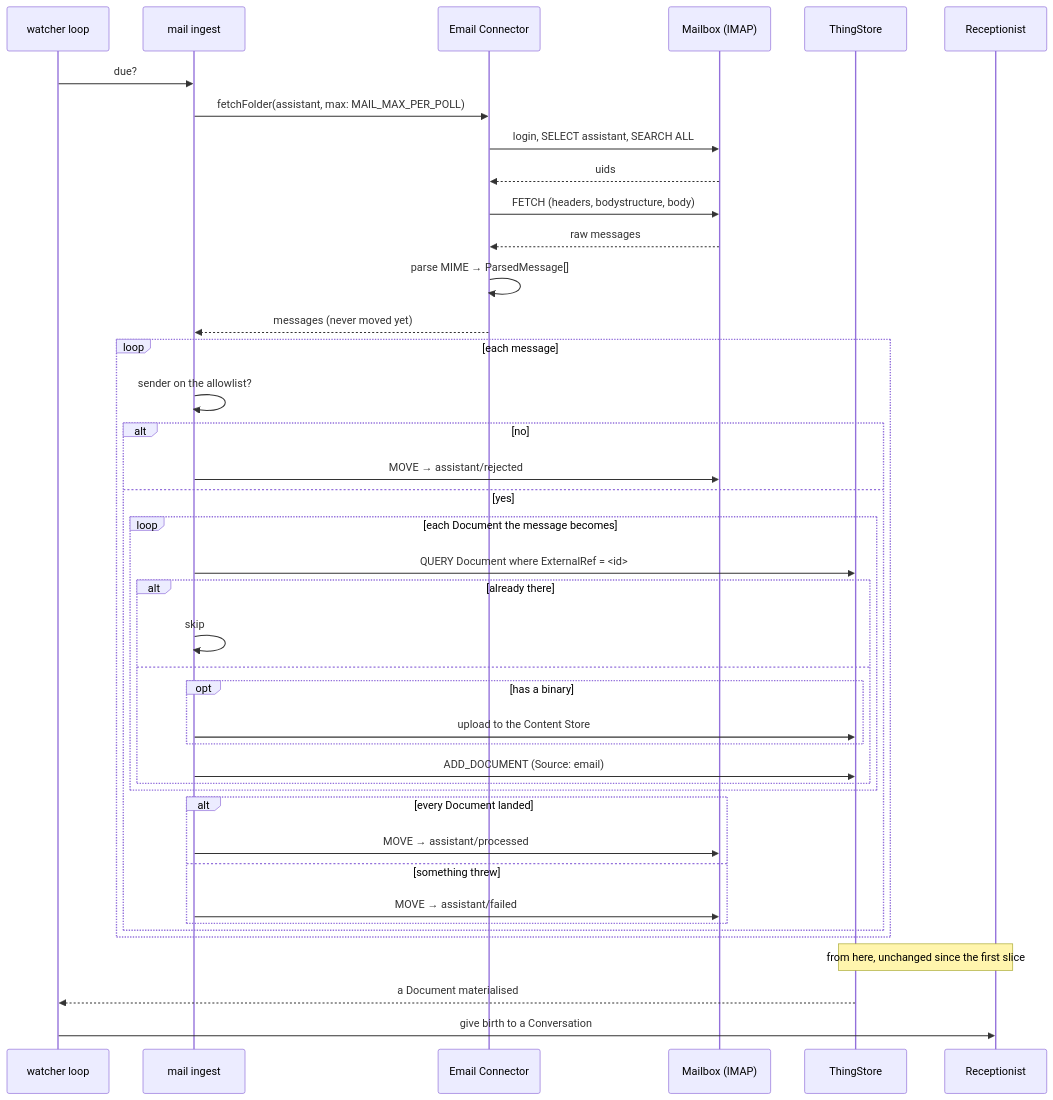
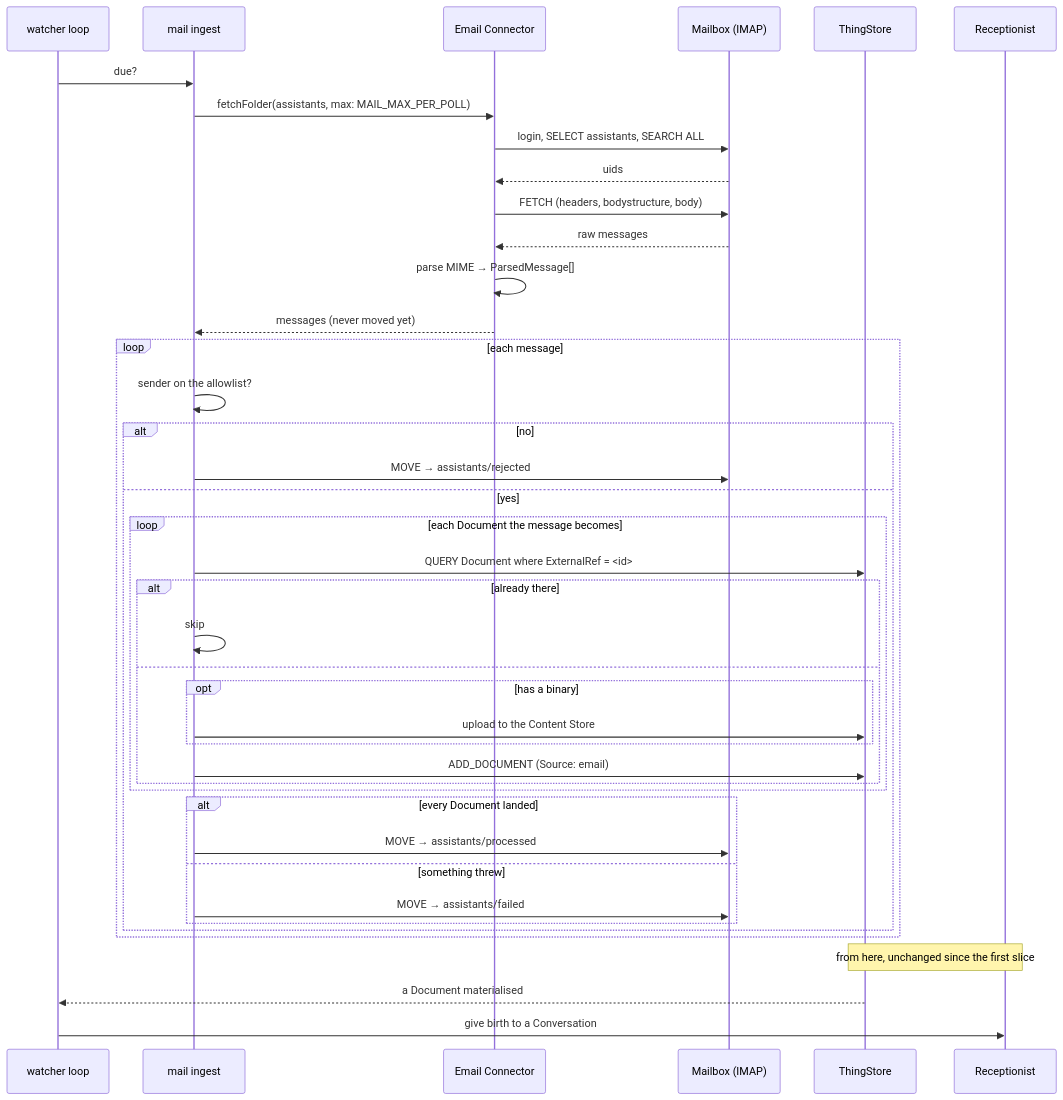
The second of 2 diagrams in specs/changes/receive-emails/architecture.md (tillg/assistants), drawn with Mermaid before and after one commit. The commit also changed other lines of this file and 10 other files, not shown here.

````diff
--- a/specs/changes/receive-emails/architecture.md
+++ b/specs/changes/receive-emails/architecture.md
@@ -71,46 +71,46 @@
 ```mermaid
 sequenceDiagram
     participant W as watcher loop
     participant M as mail ingest
     participant E as Email Connector
     participant MB as Mailbox (IMAP)
     participant TS as ThingStore
     participant R as Receptionist
 
     W->>M: due?
-    M->>E: fetchFolder(assistant, max: MAIL_MAX_PER_POLL)
-    E->>MB: login, SELECT assistant, SEARCH ALL
+    M->>E: fetchFolder(assistants, max: MAIL_MAX_PER_POLL)
+    E->>MB: login, SELECT assistants, SEARCH ALL
     MB-->>E: uids
     E->>MB: FETCH (headers, bodystructure, body)
     MB-->>E: raw messages
     E->>E: parse MIME → ParsedMessage[]
     E-->>M: messages (never moved yet)
 
     loop each message
         M->>M: sender on the allowlist?
         alt no
-            M->>MB: MOVE → assistant/rejected
+            M->>MB: MOVE → assistants/rejected
         else yes
             loop each Document the message becomes
                 M->>TS: QUERY Document where ExternalRef = <id>#<part>
                 alt already there
                     M->>M: skip
                 else
                     opt has a binary
                         M->>TS: upload to the Content Store
                     end
                     M->>TS: ADD_DOCUMENT (Source: email)
                 end
             end
             alt every Document landed
-                M->>MB: MOVE → assistant/processed
+                M->>MB: MOVE → assistants/processed
             else something threw
-                M->>MB: MOVE → assistant/failed
+                M->>MB: MOVE → assistants/failed
             end
         end
     end
 
     Note over TS,R: from here, unchanged since the first slice
     TS-->>W: a Document materialised
     W->>R: give birth to a Conversation
 ```
````
